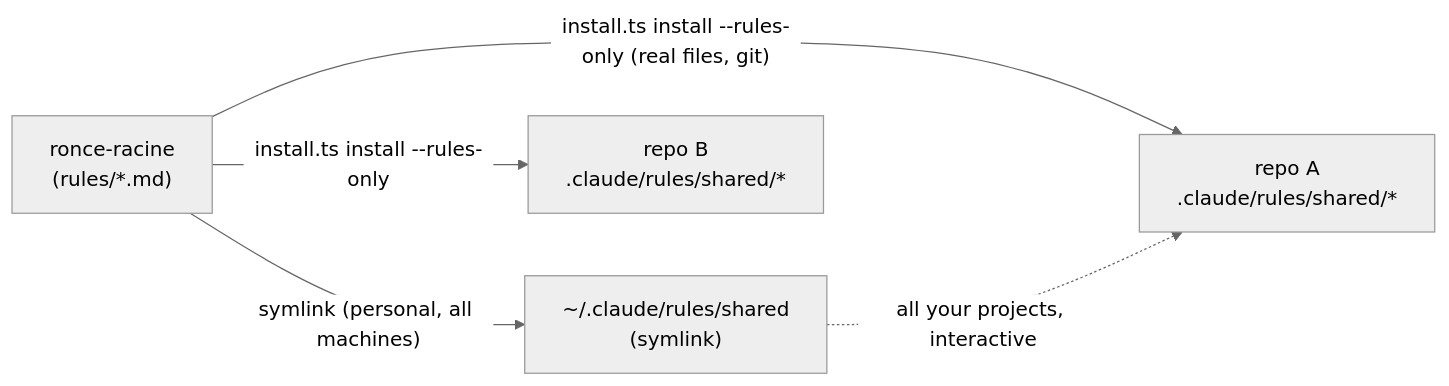
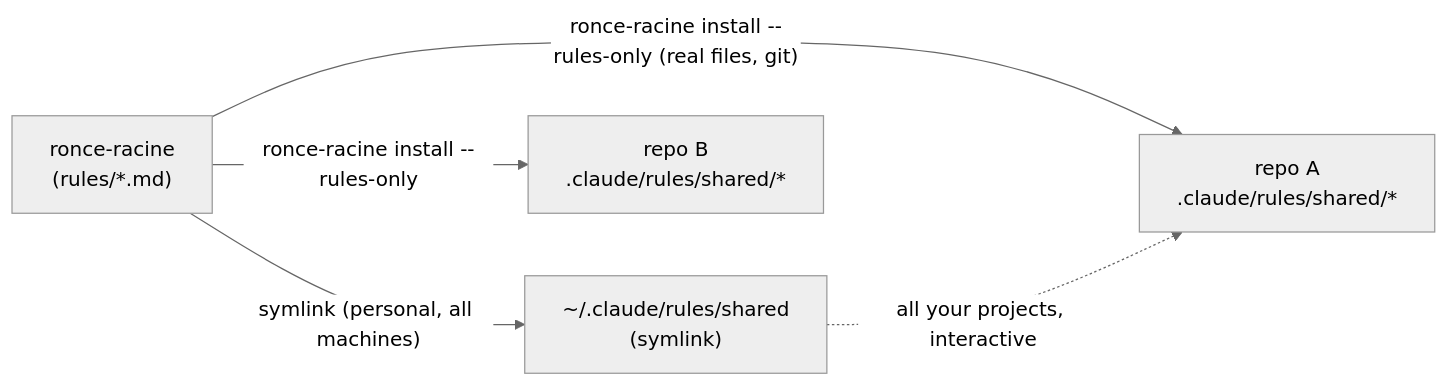
One commit to ChariereFiedler/ronce-racine changed the diagram in README.md. Above: the diagram before and after it, drawn with Mermaid (neutral theme). The commit also changed other lines of this file and 20 other files, not shown here.

````diff
--- a/README.md
+++ b/README.md
@@ -35,11 +35,11 @@
 ```mermaid
 flowchart LR
     C["ronce-racine<br/>(rules/*.md)"]
     G["~/.claude/rules/shared<br/>(symlink)"]
     R1["repo A<br/>.claude/rules/shared/*"]
     R2["repo B<br/>.claude/rules/shared/*"]
     C -- "symlink (personal, all machines)" --> G
-    C -- "install.ts install --rules-only (real files, git)" --> R1
-    C -- "install.ts install --rules-only" --> R2
+    C -- "ronce-racine install --rules-only (real files, git)" --> R1
+    C -- "ronce-racine install --rules-only" --> R2
     G -. "all your projects, interactive" .-> R1
 ```
````
